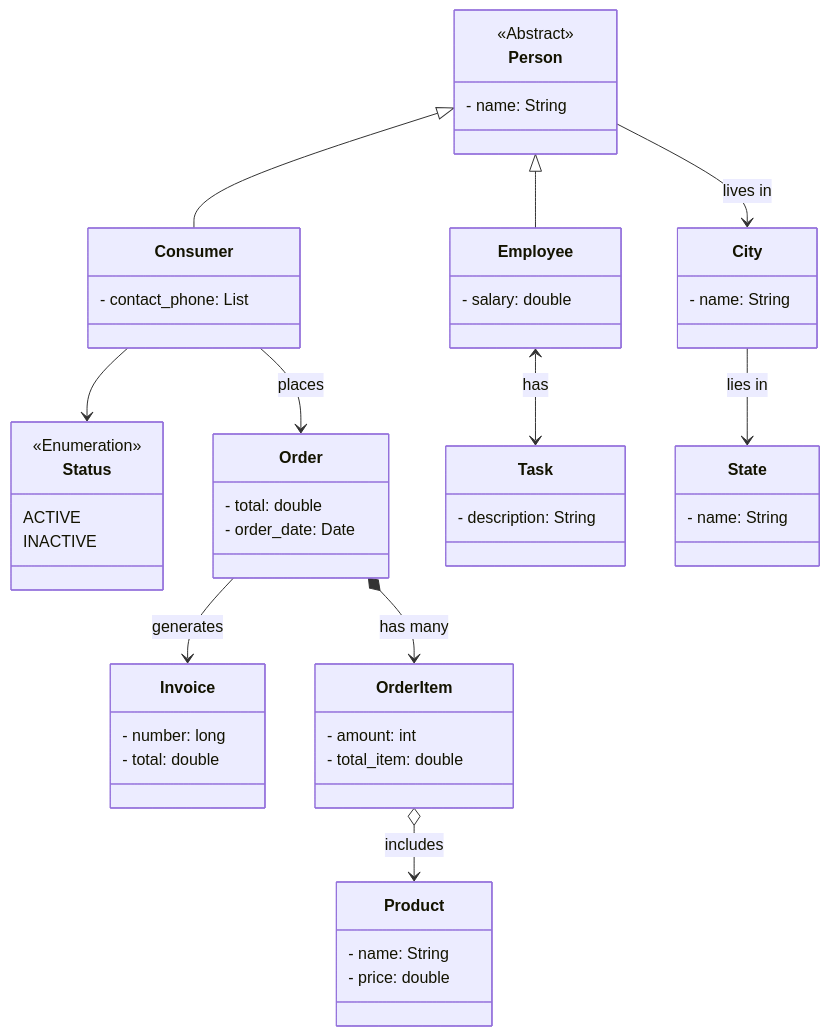
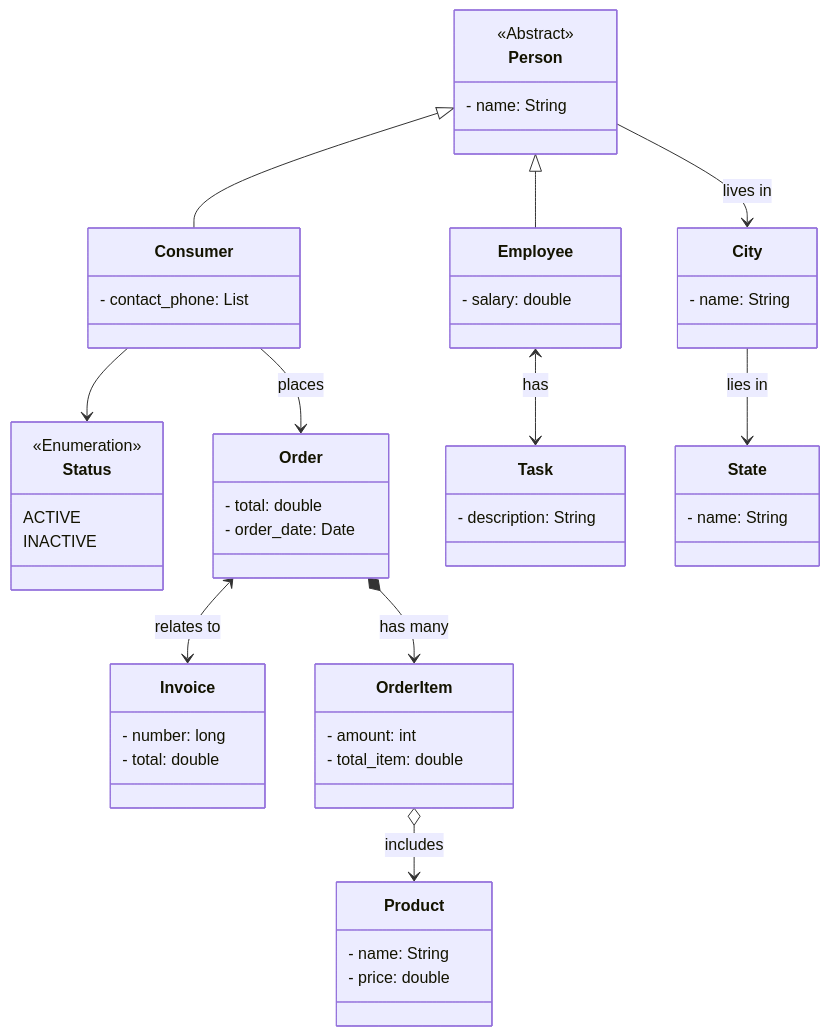
One commit to gabrielcostasilva/rails-sales-project changed the diagram in README.md. Above: the diagram before and after it, drawn with Mermaid.

Commit message:
Updated UML model

````diff
--- a/README.md
+++ b/README.md
@@ -4,64 +4,64 @@
 ```mermaid
 classDiagram
     Person <|-- Consumer
     Person <|-- Employee
     Consumer --> Status
     Person --> City :lives in
     City --> State :lies in
     Employee <--> Task :has
-    Order --> Invoice :generates
+    Order <--> Invoice :relates to
     Order *--> OrderItem :has many
     OrderItem o--> Product :includes
     Consumer --> Order :places
 
     class Status {
         <<Enumeration>>
         ACTIVE
         INACTIVE
     }
 
     class Order {
         - total: double
         - order_date: Date
     }
 
     class Invoice {
         - number: long
         - total: double
     }
 
     class OrderItem {
         - amount: int
         - total_item: double
     }
 
     class Product {
         - name: String
         - price: double
     }
 
     class Person {
         <<Abstract>>
         - name: String
     }
 
     class Task {
         - description: String
     }
 
     class City {
         - name: String
     }
 
     class State {
         - name: String
     }
 
     class Consumer {
         - contact_phone: List<String>
     }
 
     class Employee {
         - salary: double
     }
 ```
````
